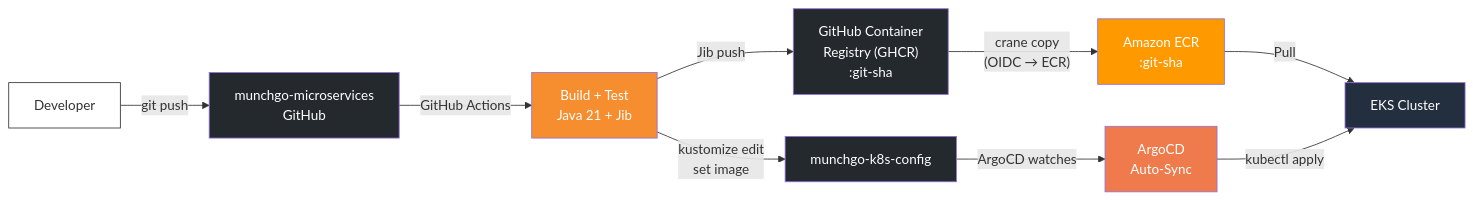
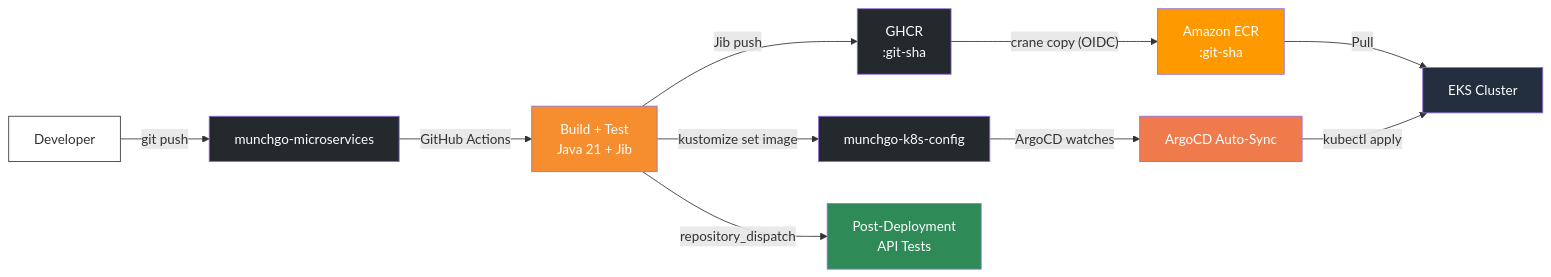
The seventh of 12 diagrams in README.md (shanaka-versent/munchgo-aws-iac), drawn with Mermaid before and after one commit. The commit also changed other lines of this file, not shown here.

````diff
--- a/README.md
+++ b/README.md
@@ -703,20 +521,22 @@
 ```mermaid
 graph LR
-    DEV[Developer] -->|git push| GH["munchgo-microservices<br/>GitHub"]
+    DEV[Developer] -->|git push| GH["munchgo-microservices"]
     GH -->|GitHub Actions| BUILD["Build + Test<br/>Java 21 + Jib"]
-    BUILD -->|"Jib push"| GHCR["GitHub Container<br/>Registry (GHCR)<br/>:git-sha"]
-    GHCR -->|"crane copy<br/>(OIDC → ECR)"| ECR["Amazon ECR<br/>:git-sha"]
+    BUILD -->|"Jib push"| GHCR["GHCR<br/>:git-sha"]
+    GHCR -->|"crane copy (OIDC)"| ECR["Amazon ECR<br/>:git-sha"]
     ECR -->|Pull| EKS2["EKS Cluster"]
-    BUILD -->|"kustomize edit<br/>set image"| GITOPS["munchgo-k8s-config"]
-    GITOPS -->|ArgoCD watches| ARGO["ArgoCD<br/>Auto-Sync"]
+    BUILD -->|"kustomize set image"| GITOPS["munchgo-k8s-config"]
+    GITOPS -->|ArgoCD watches| ARGO["ArgoCD Auto-Sync"]
     ARGO -->|kubectl apply| EKS2
+    BUILD -->|repository_dispatch| TESTS["Post-Deployment<br/>API Tests"]
 
     style DEV fill:#fff,stroke:#333,color:#333
     style GH fill:#24292E,color:#fff
     style BUILD fill:#F68D2E,color:#fff
     style GHCR fill:#24292E,color:#fff
     style ECR fill:#FF9900,color:#fff
     style GITOPS fill:#24292E,color:#fff
     style ARGO fill:#EF7B4D,color:#fff
     style EKS2 fill:#232F3E,color:#fff
+    style TESTS fill:#2E8B57,color:#fff
 ```
````
